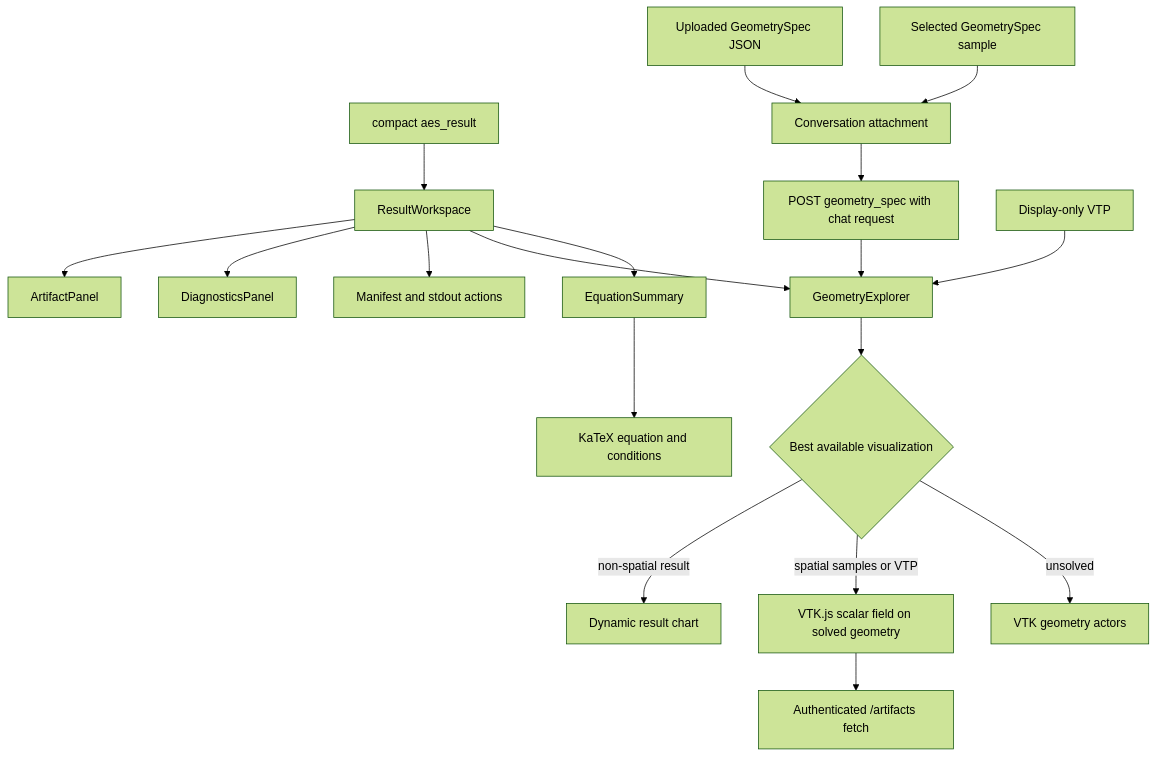
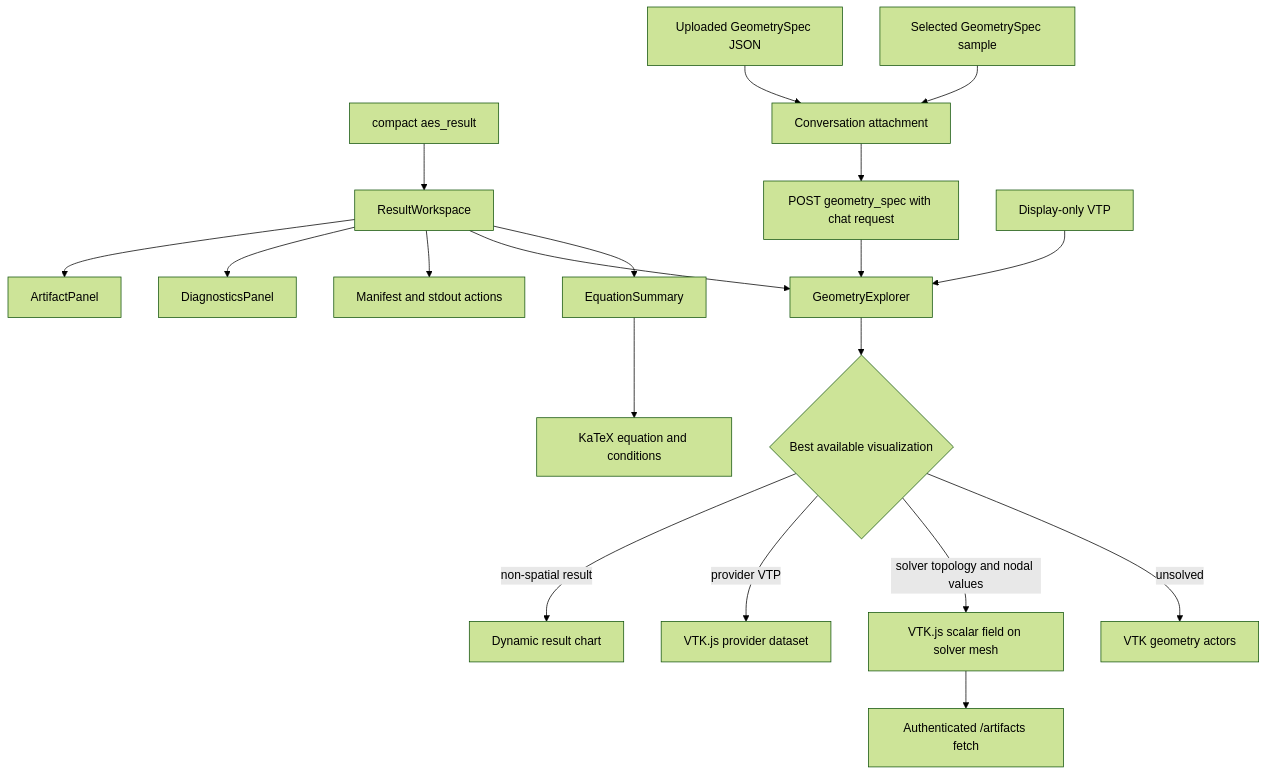
One commit to RadmirG/AES changed the sixth of 8 diagrams in web-ui/architecture.md. Above: the diagram before and after it, drawn with Mermaid (forest theme). The commit also changed other lines of this file and 12 other files, not shown here.

````diff
--- a/web-ui/architecture.md
+++ b/web-ui/architecture.md
@@ -160,20 +160,21 @@
 ```mermaid
 flowchart TD
     A["compact aes_result"] --> B["ResultWorkspace"]
     B --> C["EquationSummary"]
     C --> D["KaTeX equation and conditions"]
     B --> E["GeometryExplorer"]
     S["Selected GeometrySpec sample"] --> CXT["Conversation attachment"]
     U["Uploaded GeometrySpec JSON"] --> CXT
     CXT --> API["POST geometry_spec with chat request"]
     API --> E
     VTP["Display-only VTP"] --> E
     E --> F{"Best available visualization"}
     F -->|unsolved| G["VTK geometry actors"]
-    F -->|spatial samples or VTP| H["VTK.js scalar field on solved geometry"]
+    F -->|solver topology and nodal values| H["VTK.js scalar field on solver mesh"]
+    F -->|provider VTP| HV["VTK.js provider dataset"]
     F -->|non-spatial result| HC["Dynamic result chart"]
     B --> I["Manifest and stdout actions"]
     B --> J["DiagnosticsPanel"]
     B --> K["ArtifactPanel"]
     H --> L["Authenticated /artifacts fetch"]
 ```
````
